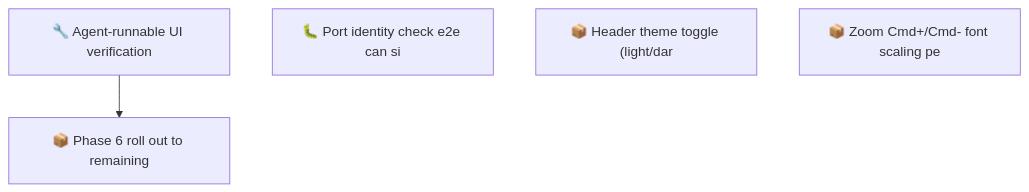
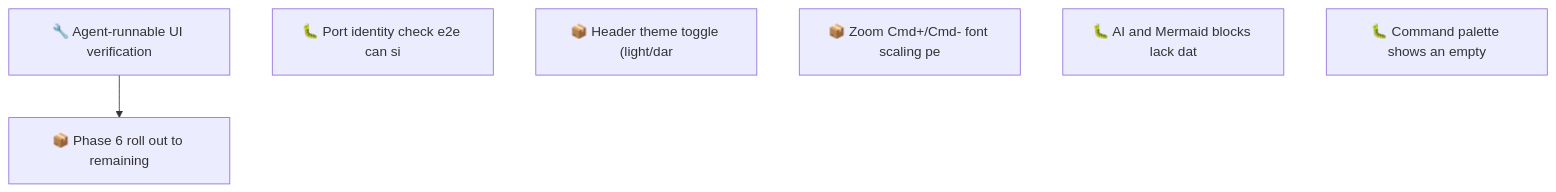
One commit to SpillwaveSolutions/forge-notes changed the second of 2 diagrams in docs/roadmap.md. Above: the diagram before and after it, drawn with Mermaid. The commit also changed other lines of this file and 11 other files, not shown here.

````diff
--- a/docs/roadmap.md
+++ b/docs/roadmap.md
@@ -71,9 +77,11 @@
 ```mermaid
 graph TD
     01KYZ8X1X1V76HYNK8B5JYMD9W["🔧 Agent-runnable UI verification"]
     01KYZ8XMGPWDJ8KXXK23KV47NT["📦 Phase 6 roll out to remaining"]
     01KZ2HRT1E6SEP9E9KCX687YVG["🐛 Port identity check e2e can si"]
     01KZ2JN6KQKJ90RP9A9H3PHZ0T["📦 Header theme toggle (light/dar"]
     01KZ2JN6SD0RF7AR020N2V9880["📦 Zoom Cmd+/Cmd- font scaling pe"]
+    01KZ2MFJV7PHPNSTFR2XEEM5TV["🐛 AI and Mermaid blocks lack dat"]
+    01KZ2MM83PJSTBEFWA953QPTSS["🐛 Command palette shows an empty"]
     01KYZ8X1X1V76HYNK8B5JYMD9W --> 01KYZ8XMGPWDJ8KXXK23KV47NT
 ```
````
